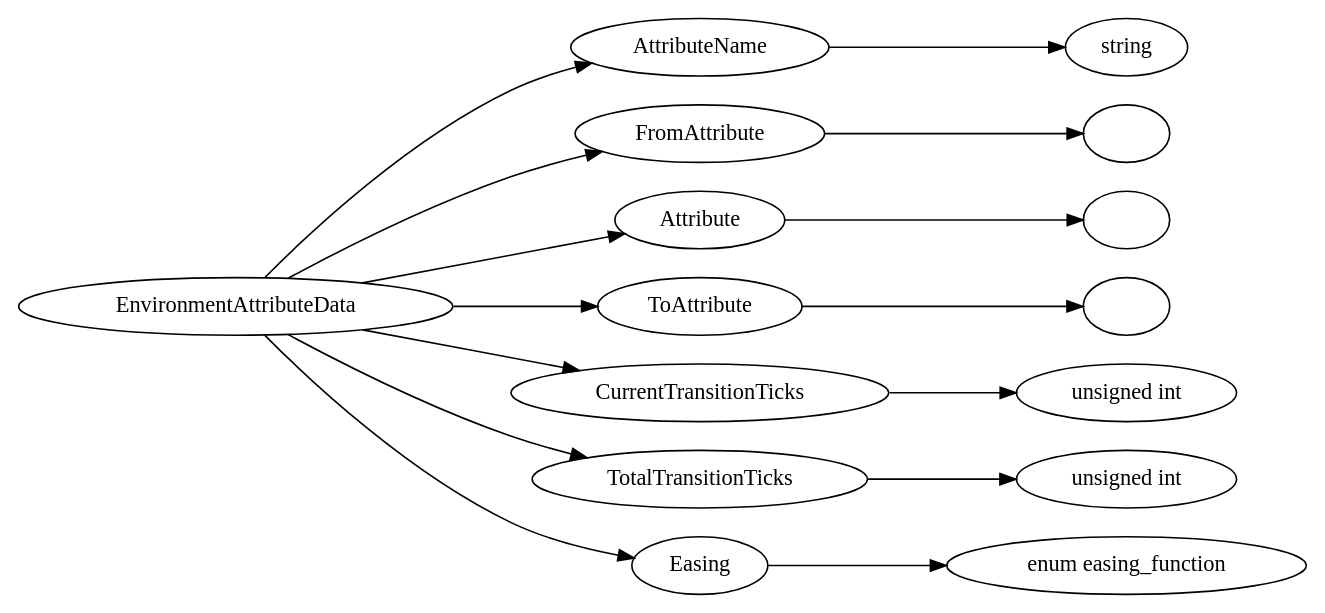
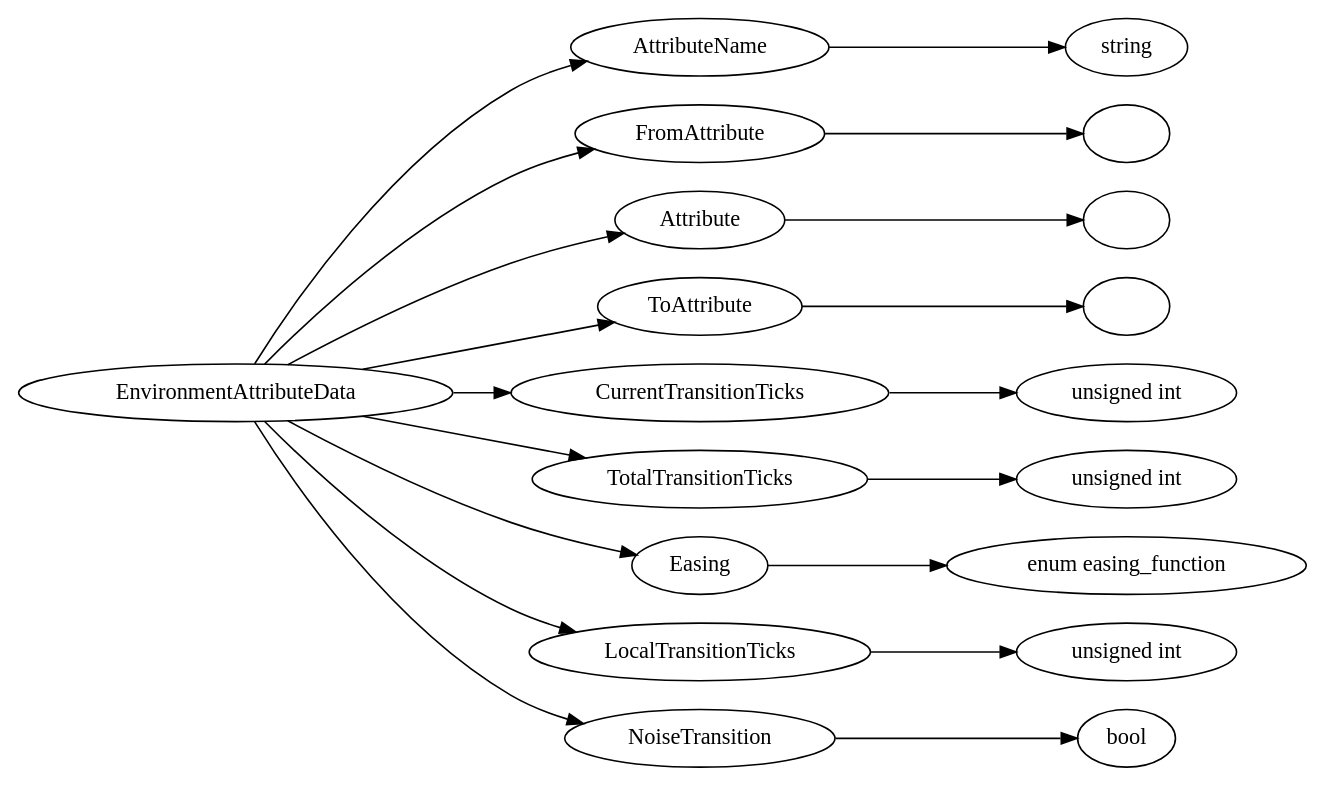
One commit to Mojang/bedrock-protocol-docs changed the diagram in dot/EnvironmentAttributeData.dot. Above: the diagram before and after it, drawn with Graphviz. The commit also changed 433 other files, not shown here.

```diff
--- a/dot/EnvironmentAttributeData.dot
+++ b/dot/EnvironmentAttributeData.dot
@@ -1,36 +1,44 @@
 digraph "EnvironmentAttributeData" {
 rankdir = LR
 0
 0 -> 1
 1 -> 2
 0 -> 3
 3 -> 4
 0 -> 5
 5 -> 6
 0 -> 7
 7 -> 8
 0 -> 9
 9 -> 10
 0 -> 11
 11 -> 12
 0 -> 13
 13 -> 14
+0 -> 15
+15 -> 16
+0 -> 17
+17 -> 18
 
 0 [label="EnvironmentAttributeData",comment="name: \"EnvironmentAttributeData\", typeName: \"\", id: 0, branchId: 0, recurseId: -1, attributes: 0, notes: \"\""];
 1 [label="AttributeName",comment="name: \"AttributeName\", typeName: \"\", id: 1, branchId: 0, recurseId: -1, attributes: 0, notes: \"\""];
 2 [label="string",comment="name: \"string\", typeName: \"\", id: 2, branchId: 0, recurseId: -1, attributes: 512, notes: \"\""];
 3 [label="FromAttribute",comment="name: \"FromAttribute\", typeName: \"\", id: 3, branchId: 0, recurseId: -1, attributes: 0, notes: \"\""];
 4 [label="",comment="name: \"\", typeName: \"\", id: 4, branchId: 0, recurseId: -1, attributes: 512, notes: \"\""];
 5 [label="Attribute",comment="name: \"Attribute\", typeName: \"\", id: 5, branchId: 0, recurseId: -1, attributes: 0, notes: \"\""];
 6 [label="",comment="name: \"\", typeName: \"\", id: 6, branchId: 0, recurseId: -1, attributes: 512, notes: \"\""];
 7 [label="ToAttribute",comment="name: \"ToAttribute\", typeName: \"\", id: 7, branchId: 0, recurseId: -1, attributes: 0, notes: \"\""];
 8 [label="",comment="name: \"\", typeName: \"\", id: 8, branchId: 0, recurseId: -1, attributes: 512, notes: \"\""];
 9 [label="CurrentTransitionTicks",comment="name: \"CurrentTransitionTicks\", typeName: \"\", id: 9, branchId: 0, recurseId: -1, attributes: 0, notes: \"\""];
 10 [label="unsigned int",comment="name: \"unsigned int\", typeName: \"\", id: 10, branchId: 0, recurseId: -1, attributes: 512, notes: \"\""];
 11 [label="TotalTransitionTicks",comment="name: \"TotalTransitionTicks\", typeName: \"\", id: 11, branchId: 0, recurseId: -1, attributes: 0, notes: \"\""];
 12 [label="unsigned int",comment="name: \"unsigned int\", typeName: \"\", id: 12, branchId: 0, recurseId: -1, attributes: 512, notes: \"\""];
 13 [label="Easing",comment="name: \"Easing\", typeName: \"\", id: 13, branchId: 0, recurseId: -1, attributes: 0, notes: \"\""];
 14 [label="enum easing_function",comment="name: \"enum easing_function\", typeName: \"\", id: 14, branchId: 0, recurseId: -1, attributes: 512, notes: \"\""];
-{ rank = max;2;4;6;8;10;12;14}
+15 [label="LocalTransitionTicks",comment="name: \"LocalTransitionTicks\", typeName: \"\", id: 15, branchId: 0, recurseId: -1, attributes: 0, notes: \"\""];
+16 [label="unsigned int",comment="name: \"unsigned int\", typeName: \"\", id: 16, branchId: 0, recurseId: -1, attributes: 512, notes: \"\""];
+17 [label="NoiseTransition",comment="name: \"NoiseTransition\", typeName: \"\", id: 17, branchId: 0, recurseId: -1, attributes: 0, notes: \"\""];
+18 [label="bool",comment="name: \"bool\", typeName: \"\", id: 18, branchId: 0, recurseId: -1, attributes: 512, notes: \"\""];
+{ rank = max;2;4;6;8;10;12;14;16;18}
 
 }
```
